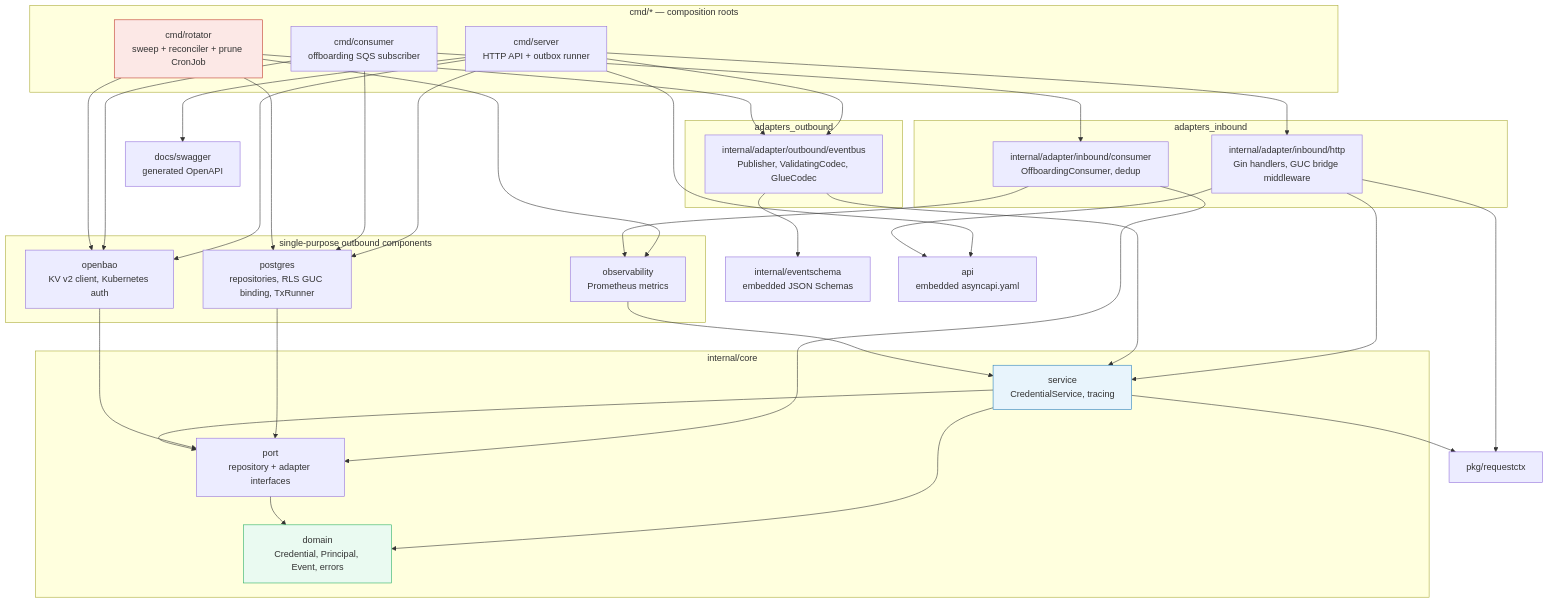
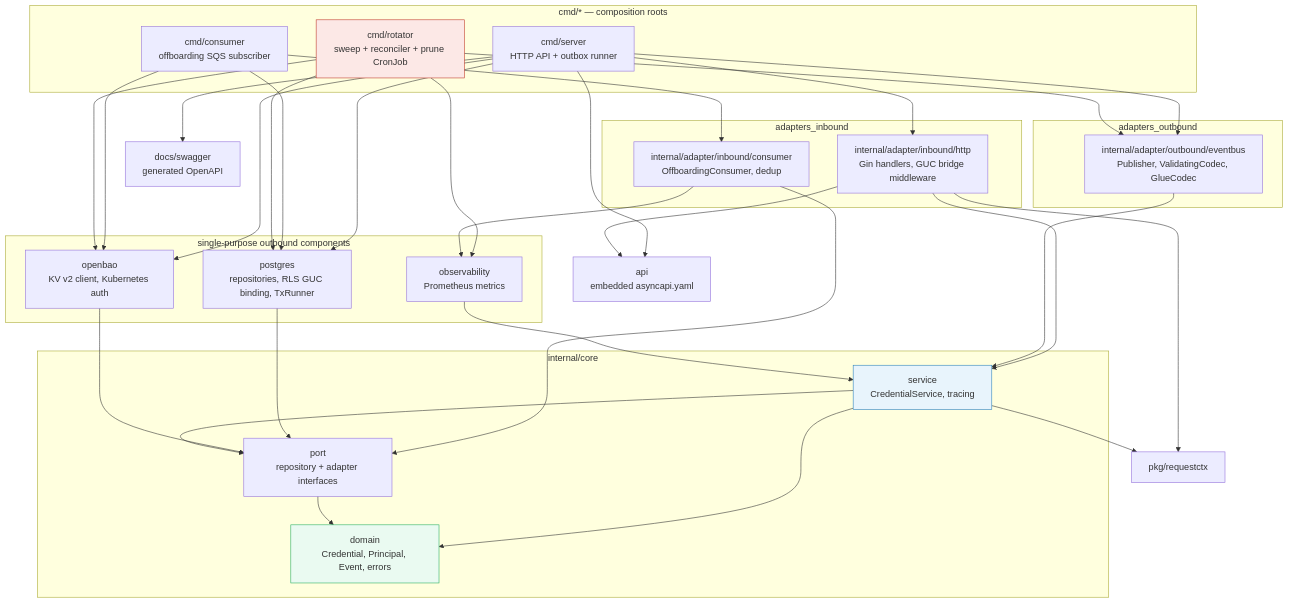
The diagram in docs/architecture/mermaid/layer-model.mmd (BCBP-SOLUTIONS-FZC-LLC/iam-token-service), drawn with Mermaid before and after one commit. The commit also changed 26 other files, not shown here.

```diff
--- a/docs/architecture/mermaid/layer-model.mmd
+++ b/docs/architecture/mermaid/layer-model.mmd
@@ -1,71 +1,69 @@
 %% Clean Architecture layers per .go-arch-lint.yml. Arrows point inward
 %% (outer layers depend on inner layers, never the reverse). cmd/rotator
 %% (reconciler_jobs) is deliberately barred from depending on service —
 %% it talks to postgres/openbao directly under BYPASSRLS (§4.3/RLS-7).
 graph TD
     subgraph cmd["cmd/* — composition roots"]
         SERVER["cmd/server<br/>HTTP API + outbox runner"]
         CONSUMER["cmd/consumer<br/>offboarding SQS subscriber"]
         ROTATOR["cmd/rotator<br/>sweep + reconciler + prune CronJob"]
     end
 
     subgraph inbound["adapters_inbound"]
         HTTP["internal/adapter/inbound/http<br/>Gin handlers, GUC bridge middleware"]
         CONS["internal/adapter/inbound/consumer<br/>OffboardingConsumer, dedup"]
     end
 
     subgraph outbound["adapters_outbound"]
         EVENTBUS["internal/adapter/outbound/eventbus<br/>Publisher, ValidatingCodec, GlueCodec"]
     end
 
     subgraph isolated["single-purpose outbound components"]
         POSTGRES["postgres<br/>repositories, RLS GUC binding, TxRunner"]
         OPENBAO["openbao<br/>KV v2 client, Kubernetes auth"]
         OBS["observability<br/>Prometheus metrics"]
     end
 
     subgraph core["internal/core"]
         SERVICE["service<br/>CredentialService, tracing"]
         PORT["port<br/>repository + adapter interfaces"]
         DOMAIN["domain<br/>Credential, Principal, Event, errors"]
     end
 
     REQCTX["pkg/requestctx"]
-    ESCHEMA["internal/eventschema<br/>embedded JSON Schemas"]
     APISPEC["api<br/>embedded asyncapi.yaml"]
     SWAGGERDOCS["docs/swagger<br/>generated OpenAPI"]
 
     SERVER --> HTTP
     SERVER --> POSTGRES
     SERVER --> OPENBAO
     SERVER --> EVENTBUS
     SERVER --> SWAGGERDOCS
     SERVER --> APISPEC
     CONSUMER --> CONS
     CONSUMER --> POSTGRES
     CONSUMER --> OPENBAO
     ROTATOR --> POSTGRES
     ROTATOR --> OPENBAO
     ROTATOR --> EVENTBUS
     ROTATOR --> OBS
 
     HTTP --> SERVICE
     CONS --> PORT
     CONS --> OBS
     EVENTBUS --> SERVICE
-    EVENTBUS --> ESCHEMA
     POSTGRES --> PORT
     OPENBAO --> PORT
     OBS --> SERVICE
 
     SERVICE --> PORT
     SERVICE --> DOMAIN
     SERVICE --> REQCTX
     PORT --> DOMAIN
 
     HTTP --> REQCTX
     HTTP --> APISPEC
 
     style ROTATOR fill:#fce8e6,stroke:#c0392b
     style SERVICE fill:#e8f4fc,stroke:#2980b9
     style DOMAIN fill:#eafaf1,stroke:#27ae60
```
